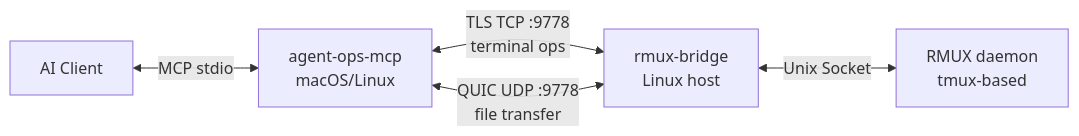
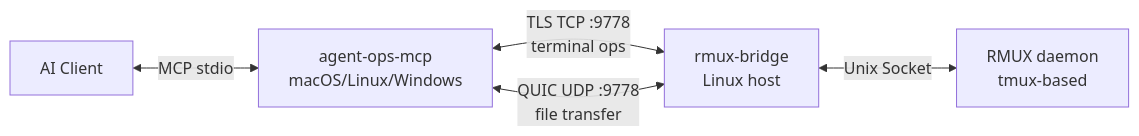
The diagram in README.md (tddh/agent-ops), drawn with Mermaid before and after one commit. The commit also changed other lines of this file and 7 other files, not shown here.

First line of the commit message:
feat: 支持 agent-ops-mcp 在 Windows 客户机上运行

````diff
--- a/README.md
+++ b/README.md
@@ -15,7 +15,7 @@
 ```mermaid
 graph LR
-    A[AI Client] <-->|MCP stdio| B[agent-ops-mcp<br/>macOS/Linux]
+    A[AI Client] <-->|MCP stdio| B[agent-ops-mcp<br/>macOS/Linux/Windows]
     B <-->|TLS TCP :9778<br/>terminal ops| C[rmux-bridge<br/>Linux host]
     B <-->|QUIC UDP :9778<br/>file transfer| C
     C <-->|Unix Socket| D[RMUX daemon<br/>tmux-based]
 ```
````
